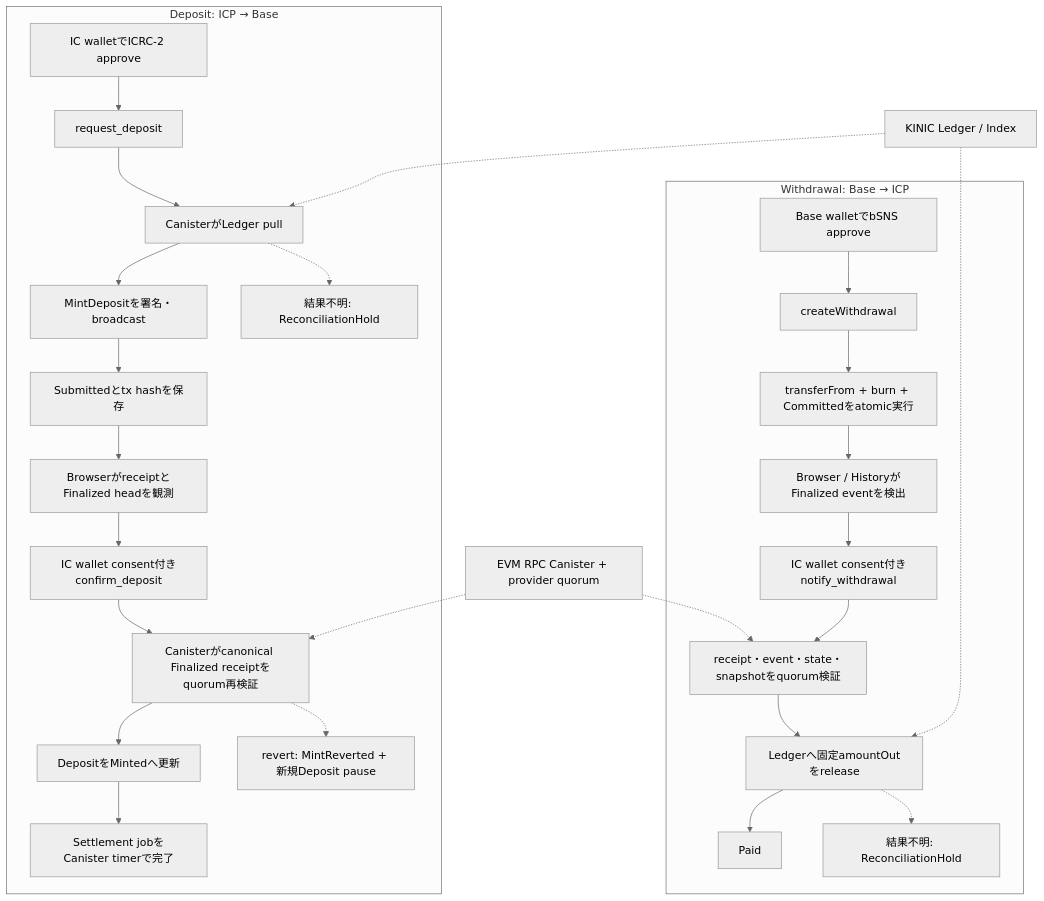
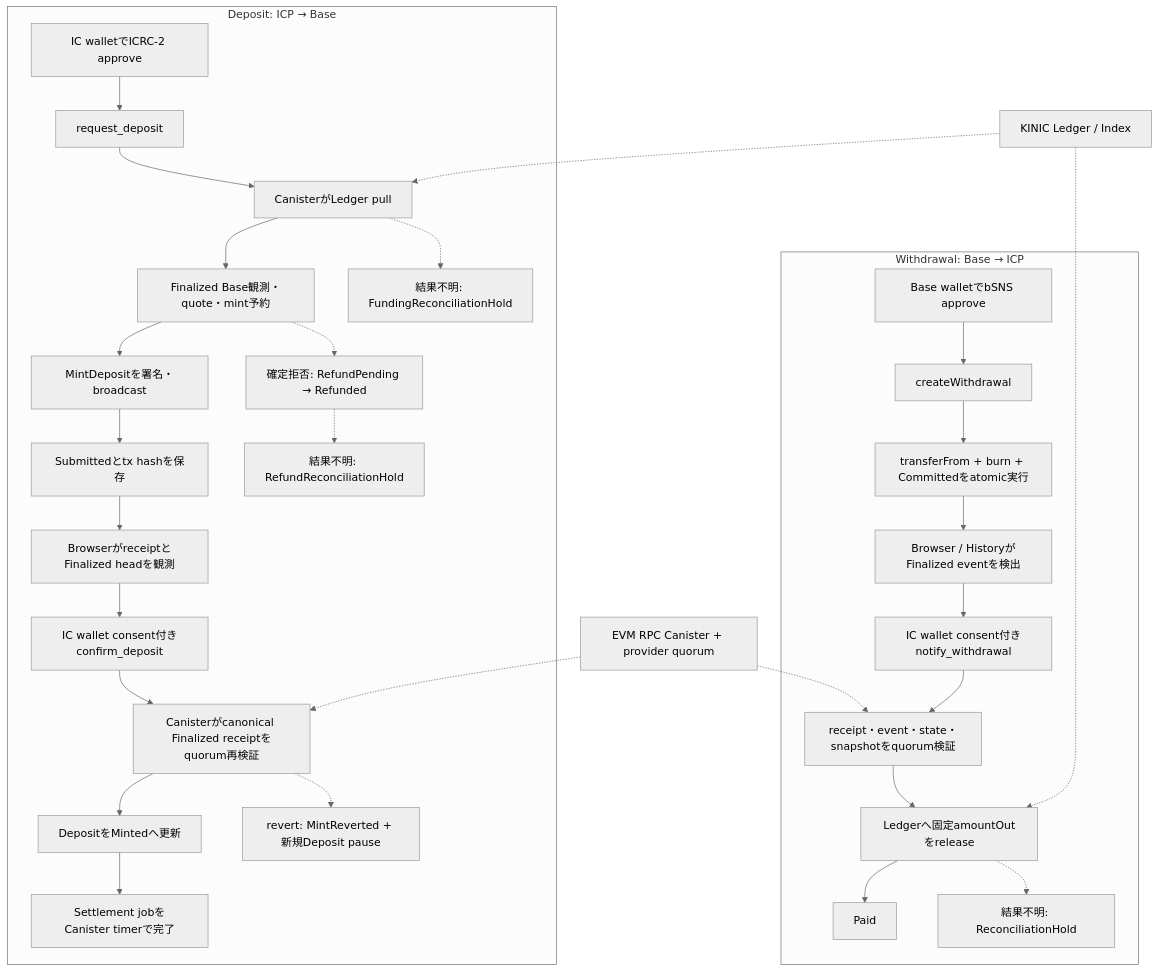
One commit to humandebri/Bridge changed the diagram in docs/bridge-flow.md. Above: the diagram before and after it, drawn with Mermaid (neutral theme). The commit also changed other lines of this file and 55 other files, not shown here.

````diff
--- a/docs/bridge-flow.md
+++ b/docs/bridge-flow.md
@@ -19,32 +19,35 @@
 ```mermaid
 flowchart TB
   subgraph Deposit["Deposit: ICP → Base"]
     D1["IC walletでICRC-2 approve"] --> D2["request_deposit"]
     D2 --> D3["CanisterがLedger pull"]
-    D3 --> D4["MintDepositを署名・broadcast"]
+    D3 --> DQ["Finalized Base観測・quote・mint予約"]
+    DQ --> D4["MintDepositを署名・broadcast"]
     D4 --> D5["Submittedとtx hashを保存"]
     D5 --> D6["BrowserがreceiptとFinalized headを観測"]
     D6 --> D7["IC wallet consent付きconfirm_deposit"]
     D7 --> D8["Canisterがcanonical Finalized receiptをquorum再検証"]
     D8 --> D9["DepositをMintedへ更新"]
     D9 --> D10["Settlement jobをCanister timerで完了"]
-    D3 -.-> DH["結果不明: ReconciliationHold"]
+    D3 -.-> DH["結果不明: FundingReconciliationHold"]
+    DQ -.-> RF["確定拒否: RefundPending → Refunded"]
+    RF -.-> RH["結果不明: RefundReconciliationHold"]
     D8 -.-> DR["revert: MintReverted + 新規Deposit pause"]
   end
 
   subgraph Withdrawal["Withdrawal: Base → ICP"]
     W1["Base walletでbSNS approve"] --> W2["createWithdrawal"]
     W2 --> W3["transferFrom + burn + Committedをatomic実行"]
     W3 --> W4["Browser / HistoryがFinalized eventを検出"]
     W4 --> W5["IC wallet consent付きnotify_withdrawal"]
     W5 --> W6["receipt・event・state・snapshotをquorum検証"]
     W6 --> W7["Ledgerへ固定amountOutをrelease"]
     W7 --> W8["Paid"]
     W7 -.-> WH["結果不明: ReconciliationHold"]
   end
 
   RPC["EVM RPC Canister + provider quorum"] -.-> D8
   RPC -.-> W6
   Ledger["KINIC Ledger / Index"] -.-> D3
   Ledger -.-> W7
 ```
````
